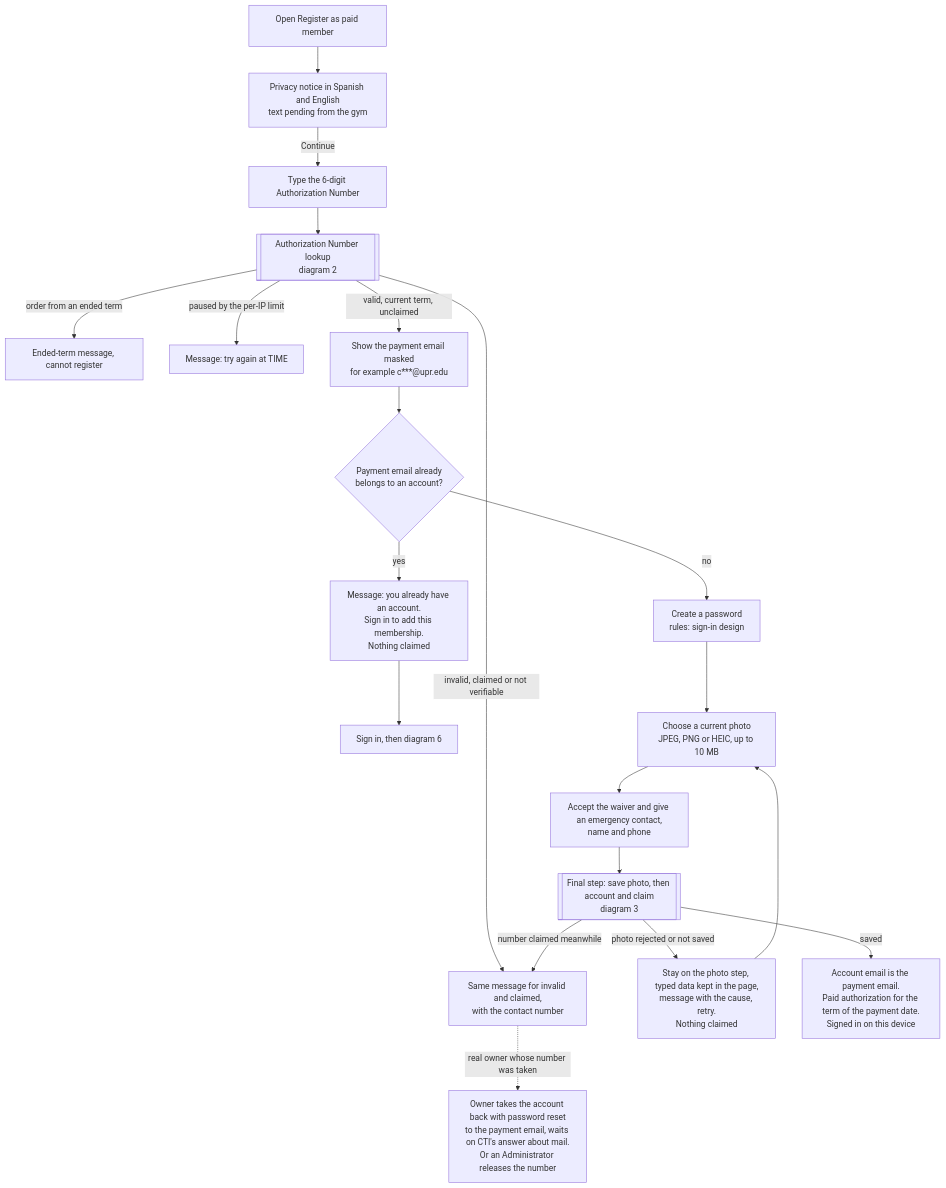
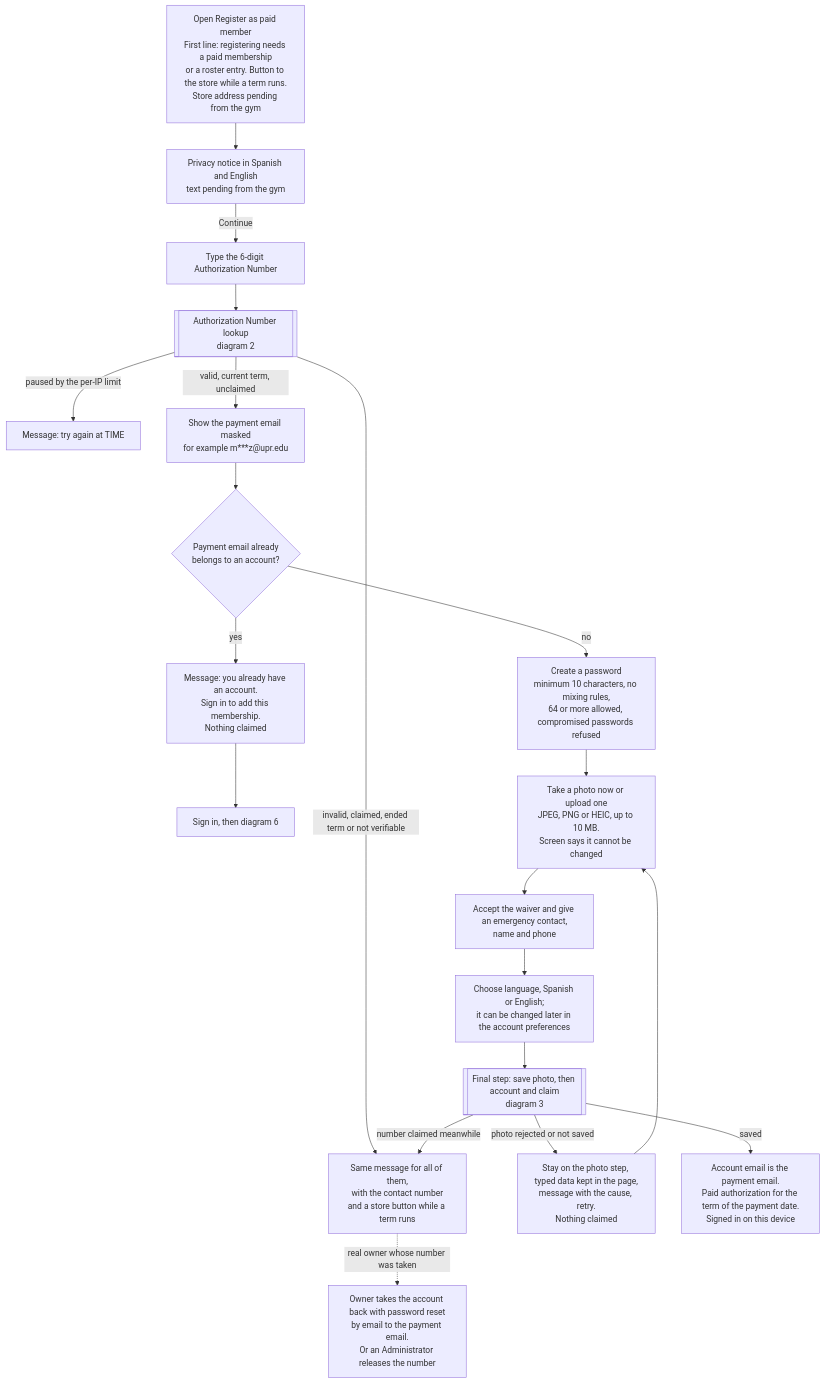
Before and after one commit to Th3-Minorities/natatorio-gym-app: the first of 9 diagrams in docs/design/registration-flows.md, drawn with Mermaid. The commit also changed other lines of this file, not shown here.

Commit message:
Apply the design review decisions to the registration flows

````diff
--- a/docs/design/registration-flows.md
+++ b/docs/design/registration-flows.md
@@ -18,22 +20,22 @@
 ```mermaid
 flowchart TD
-  START["Open Register as paid member"] --> PN["Privacy notice in Spanish and English<br/>text pending from the gym"]
+  START["Open Register as paid member<br/>First line: registering needs a paid membership<br/>or a roster entry. Button to the store while a term runs.<br/>Store address pending from the gym"] --> PN["Privacy notice in Spanish and English<br/>text pending from the gym"]
   PN -->|"Continue"| NUM["Type the 6-digit Authorization Number"]
   NUM --> LK[["Authorization Number lookup<br/>diagram 2"]]
-  LK -->|"invalid, claimed or not verifiable"| M1["Same message for invalid and claimed,<br/>with the contact number"]
-  LK -->|"order from an ended term"| M2["Ended-term message, cannot register"]
+  LK -->|"invalid, claimed, ended term or not verifiable"| M1["Same message for all of them,<br/>with the contact number<br/>and a store button while a term runs"]
   LK -->|"paused by the per-IP limit"| M3["Message: try again at TIME"]
-  LK -->|"valid, current term, unclaimed"| MASK["Show the payment email masked<br/>for example c***@upr.edu"]
+  LK -->|"valid, current term, unclaimed"| MASK["Show the payment email masked<br/>for example m***z@upr.edu"]
   MASK --> HAS{"Payment email already<br/>belongs to an account?"}
   HAS -->|"yes"| REN["Message: you already have an account.<br/>Sign in to add this membership.<br/>Nothing claimed"]
   REN --> SI["Sign in, then diagram 6"]
-  HAS -->|"no"| PW["Create a password<br/>rules: sign-in design"]
-  PW --> PH["Choose a current photo<br/>JPEG, PNG or HEIC, up to 10 MB"]
+  HAS -->|"no"| PW["Create a password<br/>minimum 10 characters, no mixing rules,<br/>64 or more allowed, compromised passwords refused"]
+  PW --> PH["Take a photo now or upload one<br/>JPEG, PNG or HEIC, up to 10 MB.<br/>Screen says it cannot be changed"]
   PH --> WV["Accept the waiver and give an emergency contact,<br/>name and phone"]
-  WV --> FIN[["Final step: save photo, then account and claim<br/>diagram 3"]]
+  WV --> LG["Choose language, Spanish or English;<br/>it can be changed later in the account preferences"]
+  LG --> FIN[["Final step: save photo, then account and claim<br/>diagram 3"]]
   FIN -->|"photo rejected or not saved"| PF["Stay on the photo step, typed data kept in the page,<br/>message with the cause, retry.<br/>Nothing claimed"]
   PF --> PH
   FIN -->|"number claimed meanwhile"| M1
   FIN -->|"saved"| OK["Account email is the payment email.<br/>Paid authorization for the term of the payment date.<br/>Signed in on this device"]
-  M1 -.->|"real owner whose number was taken"| RO["Owner takes the account back with password reset<br/>to the payment email, waits on CTI's answer about mail.<br/>Or an Administrator releases the number"]
+  M1 -.->|"real owner whose number was taken"| RO["Owner takes the account back with password reset<br/>by email to the payment email.<br/>Or an Administrator releases the number"]
 ```
````
